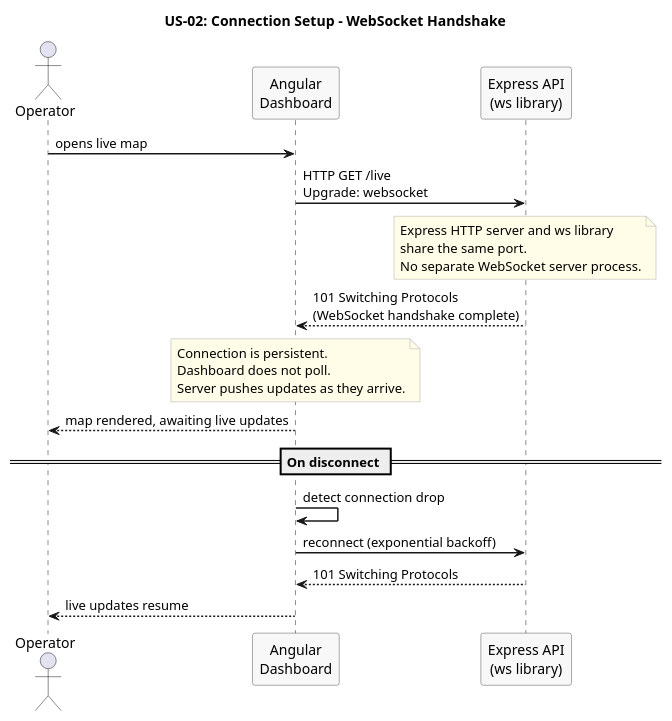
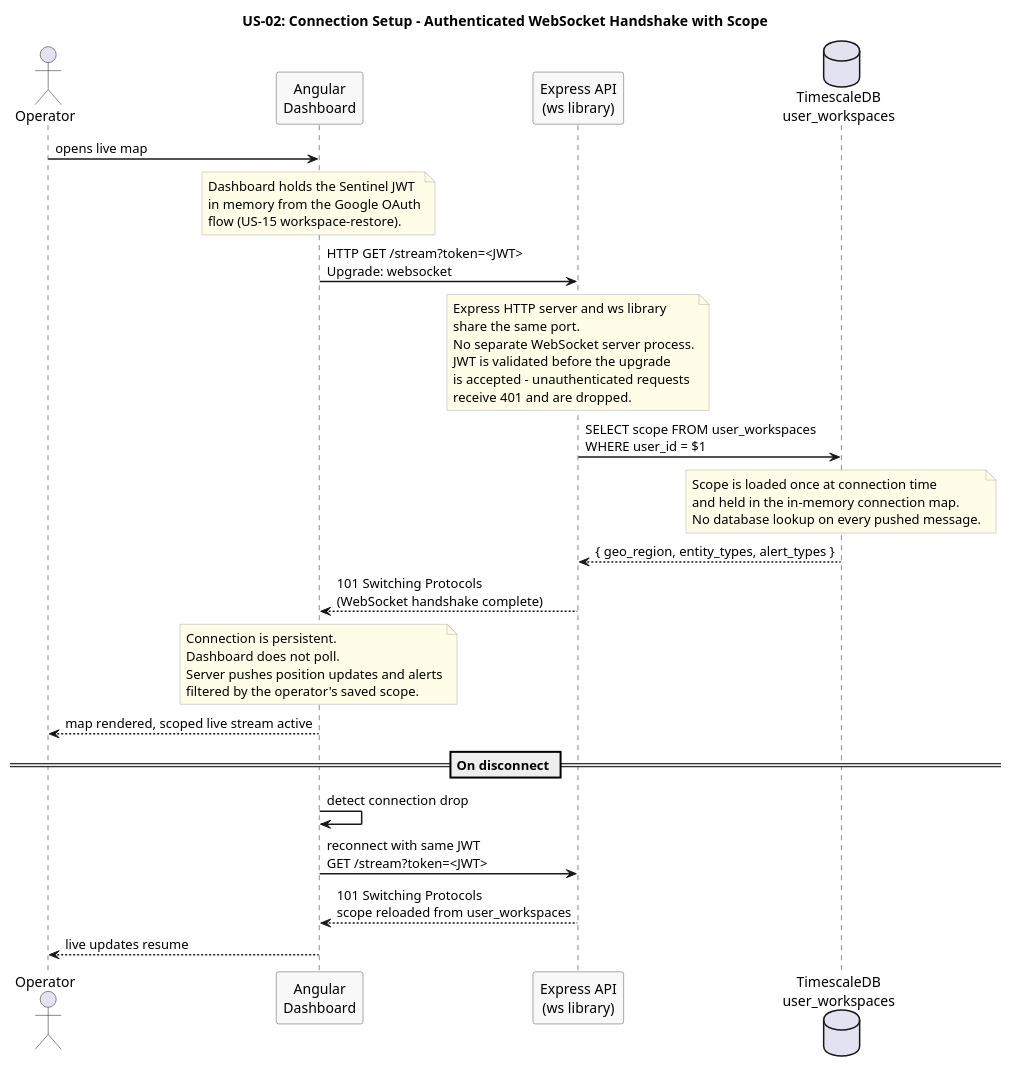
The diagram in docs/use-cases/US-02-live-map-updates/connection-setup.puml (Buffden/sentinel), drawn with PlantUML before and after one commit. The commit also changed 13 other files, not shown here.

Commit message:
docs: sync existing use case diagrams with auth, alert table writes, and scope filtering

```diff
--- a/docs/use-cases/US-02-live-map-updates/connection-setup.puml
+++ b/docs/use-cases/US-02-live-map-updates/connection-setup.puml
@@ -1,41 +1,62 @@
 @startuml connection-setup
-title US-02: Connection Setup - WebSocket Handshake
+title US-02: Connection Setup - Authenticated WebSocket Handshake with Scope
 
 skinparam sequenceArrowThickness 1.5
 skinparam participantBorderColor #555555
 skinparam participantBackgroundColor #F8F8F8
 skinparam noteBorderColor #AAAAAA
 skinparam noteBackgroundColor #FFFDE7
 
 actor Operator
 participant "Angular\nDashboard" as Dashboard
 participant "Express API\n(ws library)" as API
+database "TimescaleDB\nuser_workspaces" as TSDB
 
 Operator -> Dashboard : opens live map
 
-Dashboard -> API : HTTP GET /live\nUpgrade: websocket
+note over Dashboard
+  Dashboard holds the Sentinel JWT
+  in memory from the Google OAuth
+  flow (US-15 workspace-restore).
+end note
+
+Dashboard -> API : HTTP GET /stream?token=<JWT>\nUpgrade: websocket
 
 note over API
   Express HTTP server and ws library
   share the same port.
   No separate WebSocket server process.
+  JWT is validated before the upgrade
+  is accepted - unauthenticated requests
+  receive 401 and are dropped.
 end note
+
+API -> TSDB : SELECT scope FROM user_workspaces\nWHERE user_id = $1
+
+note over TSDB
+  Scope is loaded once at connection time
+  and held in the in-memory connection map.
+  No database lookup on every pushed message.
+end note
+
+TSDB --> API : { geo_region, entity_types, alert_types }
 
 API --> Dashboard : 101 Switching Protocols\n(WebSocket handshake complete)
 
 note over Dashboard
   Connection is persistent.
   Dashboard does not poll.
-  Server pushes updates as they arrive.
+  Server pushes position updates and alerts
+  filtered by the operator's saved scope.
 end note
 
-Dashboard --> Operator : map rendered, awaiting live updates
+Dashboard --> Operator : map rendered, scoped live stream active
 
 == On disconnect ==
 
 Dashboard -> Dashboard : detect connection drop
-Dashboard -> API : reconnect (exponential backoff)
-API --> Dashboard : 101 Switching Protocols
+Dashboard -> API : reconnect with same JWT\nGET /stream?token=<JWT>
+API --> Dashboard : 101 Switching Protocols\nscope reloaded from user_workspaces
 Dashboard --> Operator : live updates resume
 
 @enduml
```
